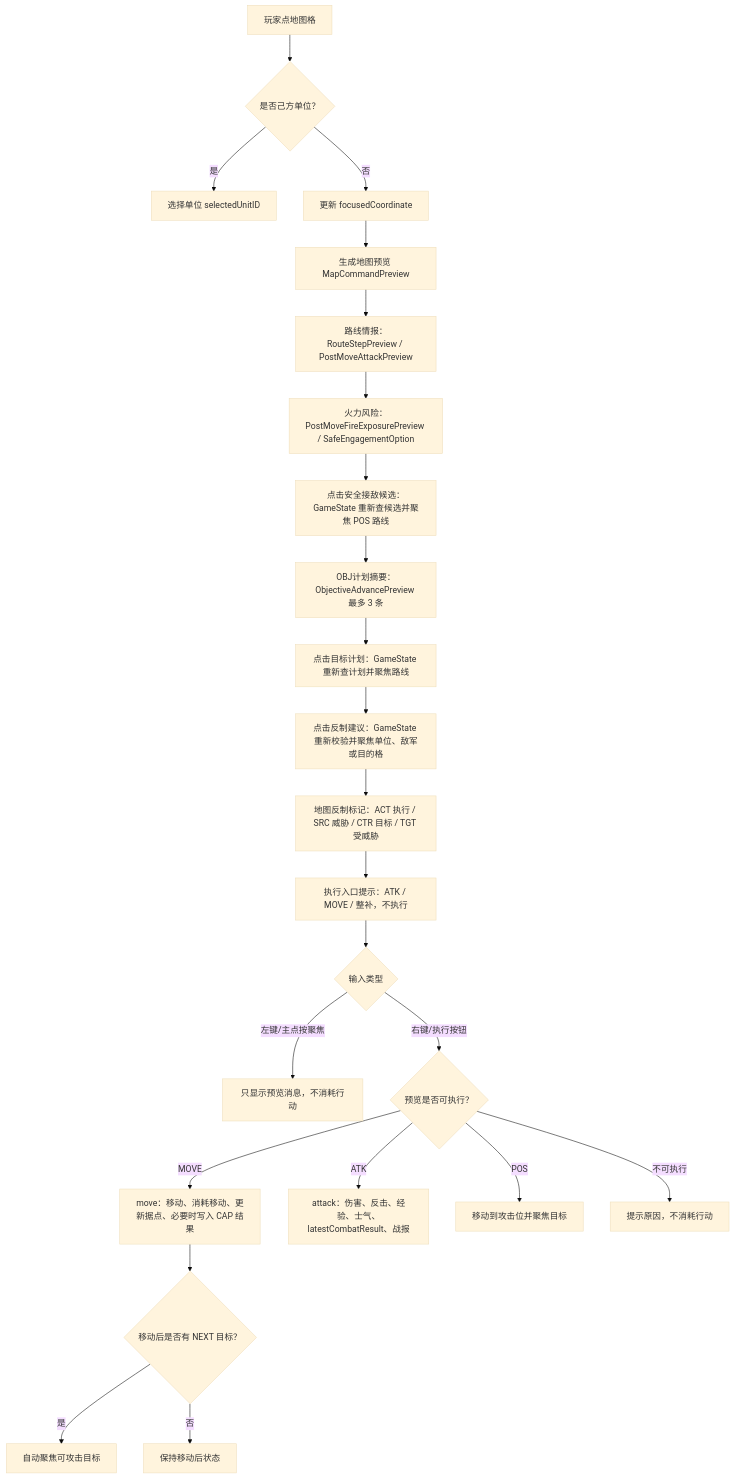
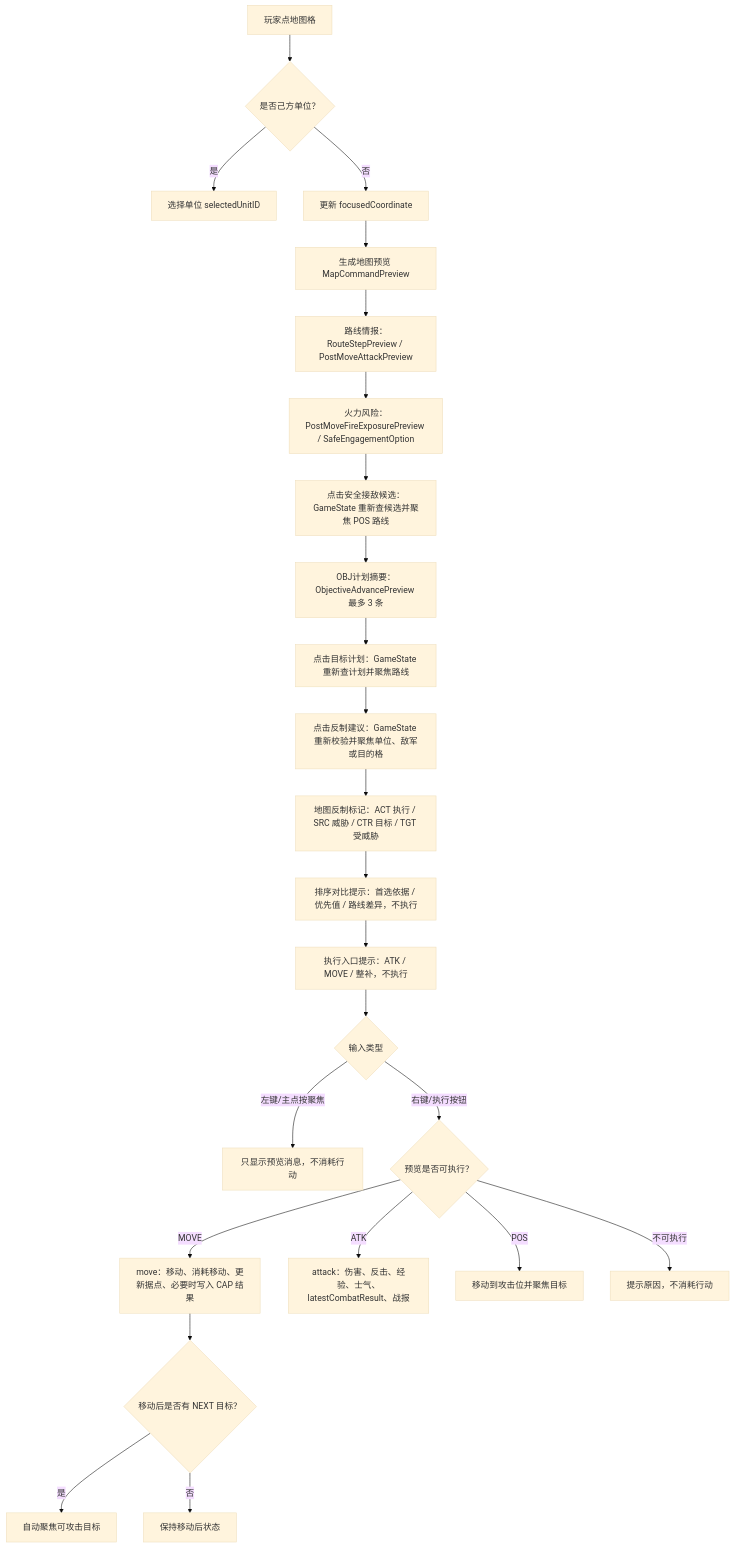
The second of 5 diagrams in md/flow/flowchart.md (Altman-sam114/116), drawn with Mermaid (base theme) before and after one commit. The commit also changed other lines of this file and 10 other files, not shown here.

````diff
--- a/md/flow/flowchart.md
+++ b/md/flow/flowchart.md
@@ -34,25 +36,26 @@
 ```mermaid
 flowchart TD
   A["玩家点地图格"] --> B{"是否己方单位？"}
   B -->|是| C["选择单位 selectedUnitID"]
   B -->|否| D["更新 focusedCoordinate"]
   D --> E["生成地图预览 MapCommandPreview"]
   E --> R["路线情报：RouteStepPreview / PostMoveAttackPreview"]
   R --> X["火力风险：PostMoveFireExposurePreview / SafeEngagementOption"]
   X --> SP["点击安全接敌候选：GameState 重新查候选并聚焦 POS 路线"]
   SP --> OP["OBJ计划摘要：ObjectiveAdvancePreview 最多 3 条"]
   OP --> OC["点击目标计划：GameState 重新查计划并聚焦路线"]
   OC --> CM["点击反制建议：GameState 重新校验并聚焦单位、敌军或目的格"]
   CM --> MK["地图反制标记：ACT 执行 / SRC 威胁 / CTR 目标 / TGT 受威胁"]
-  MK --> EB["执行入口提示：ATK / MOVE / 整补，不执行"]
+  MK --> PR["排序对比提示：首选依据 / 优先值 / 路线差异，不执行"]
+  PR --> EB["执行入口提示：ATK / MOVE / 整补，不执行"]
   EB --> F{"输入类型"}
   F -->|左键/主点按聚焦| G["只显示预览消息，不消耗行动"]
   F -->|右键/执行按钮| H{"预览是否可执行？"}
   H -->|MOVE| I["move：移动、消耗移动、更新据点、必要时写入 CAP 结果"]
   H -->|ATK| J["attack：伤害、反击、经验、士气、latestCombatResult、战报"]
   H -->|POS| K["移动到攻击位并聚焦目标"]
   H -->|不可执行| L["提示原因，不消耗行动"]
   I --> M{"移动后是否有 NEXT 目标？"}
   M -->|是| N["自动聚焦可攻击目标"]
   M -->|否| O["保持移动后状态"]
 ```
````
